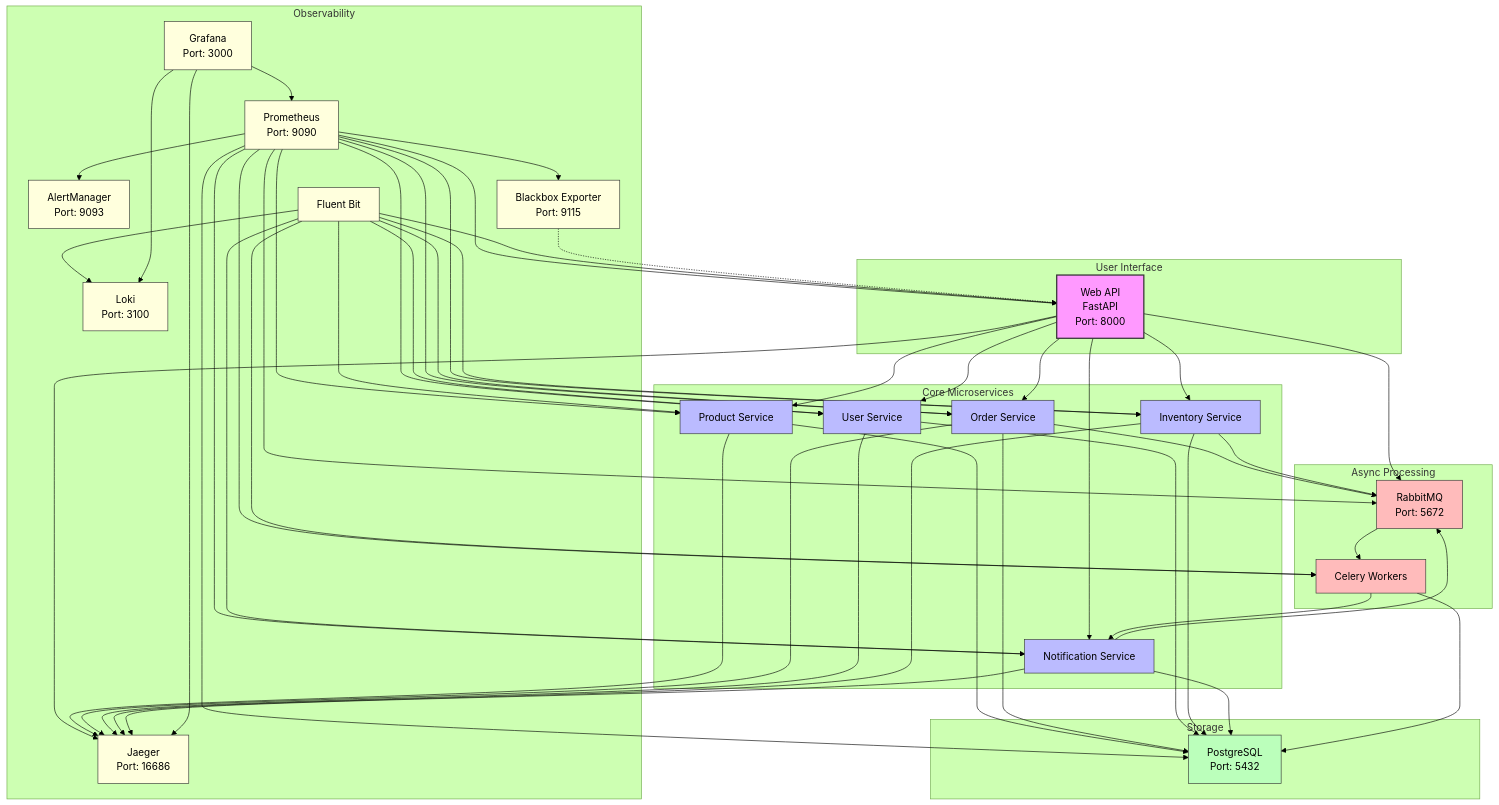
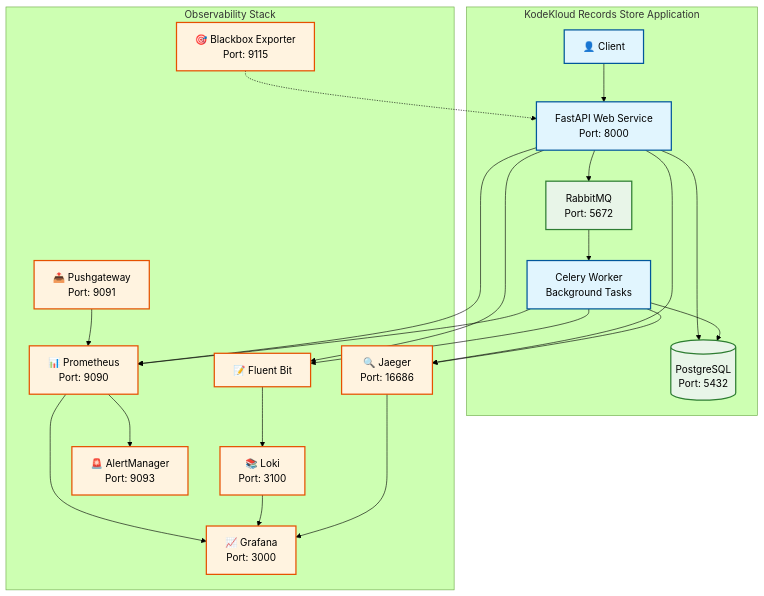
The first of 2 diagrams in README.md (priyakrishn/kodekloud-records-store-web-app), drawn with Mermaid (forest theme) before and after one commit. The commit also changed other lines of this file and 19 other files, not shown here.

````diff
--- a/README.md
+++ b/README.md
@@ -34,104 +38,36 @@
 ```mermaid
-graph TD
-    subgraph "User Interface"
-        API[Web API<br>FastAPI<br>Port: 8000]
+graph TB
+    subgraph "KodeKloud Records Store Application"
+        Client[👤 Client] --> API[FastAPI Web Service<br/>Port: 8000]
+        API --> DB[(PostgreSQL<br/>Port: 5432)]
+        API --> MQ[RabbitMQ<br/>Port: 5672]
+        MQ --> Worker[Celery Worker<br/>Background Tasks]
+        Worker --> DB
     end
-
-    subgraph "Core Microservices"
-        PS[Product Service]
-        OS[Order Service]
-        US[User Service]
-        IS[Inventory Service]
-        NS[Notification Service]
+    
+    subgraph "Observability Stack"
+        API --> Prometheus[📊 Prometheus<br/>Port: 9090]
+        API --> Jaeger[🔍 Jaeger<br/>Port: 16686] 
+        API --> Fluent[📝 Fluent Bit]
+        Worker --> Prometheus
+        Worker --> Jaeger
+        Worker --> Fluent
+        
+        Fluent --> Loki[📚 Loki<br/>Port: 3100]
+        Prometheus --> Grafana[📈 Grafana<br/>Port: 3000]
+        Prometheus --> AlertManager[🚨 AlertManager<br/>Port: 9093]
+        Loki --> Grafana
+        Jaeger --> Grafana
+        
+        Blackbox[🎯 Blackbox Exporter<br/>Port: 9115] -.-> API
+        Pushgateway[📤 Pushgateway<br/>Port: 9091] --> Prometheus
     end
-
-    subgraph "Async Processing"
-        MQ[RabbitMQ<br>Port: 5672]
-        CW[Celery Workers]
-    end
-
-    subgraph "Storage"
-        DB[PostgreSQL<br>Port: 5432]
-    end
-
-    subgraph "Observability"
-        PR[Prometheus<br>Port: 9090]
-        GF[Grafana<br>Port: 3000]
-        JG[Jaeger<br>Port: 16686]
-        LK[Loki<br>Port: 3100]
-        AM[AlertManager<br>Port: 9093]
-        BB[Blackbox Exporter<br>Port: 9115]
-        FB[Fluent Bit]
-    end
-
-    %% Core service connections
-    API --> PS
-    API --> OS
-    API --> US
-    API --> IS
-    API --> NS
-
-    %% Service to database connections
-    PS --> DB
-    OS --> DB
-    US --> DB
-    IS --> DB
-    NS --> DB
-
-    %% Async processing connections
-    API --> MQ
-    OS --> MQ
-    IS --> MQ
-    NS --> MQ
-    MQ --> CW
-    CW --> DB
-    CW --> NS
-
-    %% Observability connections
-    PR --> API
-    PR --> PS
-    PR --> OS
-    PR --> US
-    PR --> IS
-    PR --> NS
-    PR --> MQ
-    PR --> CW
-    PR --> DB
-    PR --> BB
     
-    FB --> API
-    FB --> PS
-    FB --> OS
-    FB --> US
-    FB --> IS
-    FB --> NS
-    FB --> CW
-    FB --> LK
+    classDef app fill:#e1f5fe,stroke:#01579b,stroke-width:2px
+    classDef obs fill:#fff3e0,stroke:#e65100,stroke-width:2px
+    classDef storage fill:#e8f5e8,stroke:#2e7d32,stroke-width:2px
     
-    API --> JG
-    PS --> JG
-    OS --> JG
-    US --> JG
-    IS --> JG
-    NS --> JG
-    
-    GF --> PR
-    GF --> LK
-    GF --> JG
-    PR --> AM
-
-    %% External connections
-    BB -.-> API
-    
-    classDef primary fill:#f9f,stroke:#333,stroke-width:2px;
-    classDef secondary fill:#bbf,stroke:#333,stroke-width:1px;
-    classDef storage fill:#bfb,stroke:#333,stroke-width:1px;
-    classDef messaging fill:#fbb,stroke:#333,stroke-width:1px;
-    classDef observability fill:#ffd,stroke:#333,stroke-width:1px;
-    
-    class API primary;
-    class PS,OS,US,IS,NS secondary;
-    class DB storage;
-    class MQ,CW messaging;
-    class PR,GF,JG,LK,AM,BB,FB observability;
+    class Client,API,Worker app
+    class Prometheus,Grafana,Jaeger,Loki,Fluent,AlertManager,Blackbox,Pushgateway obs
+    class DB,MQ storage
 ```
````
